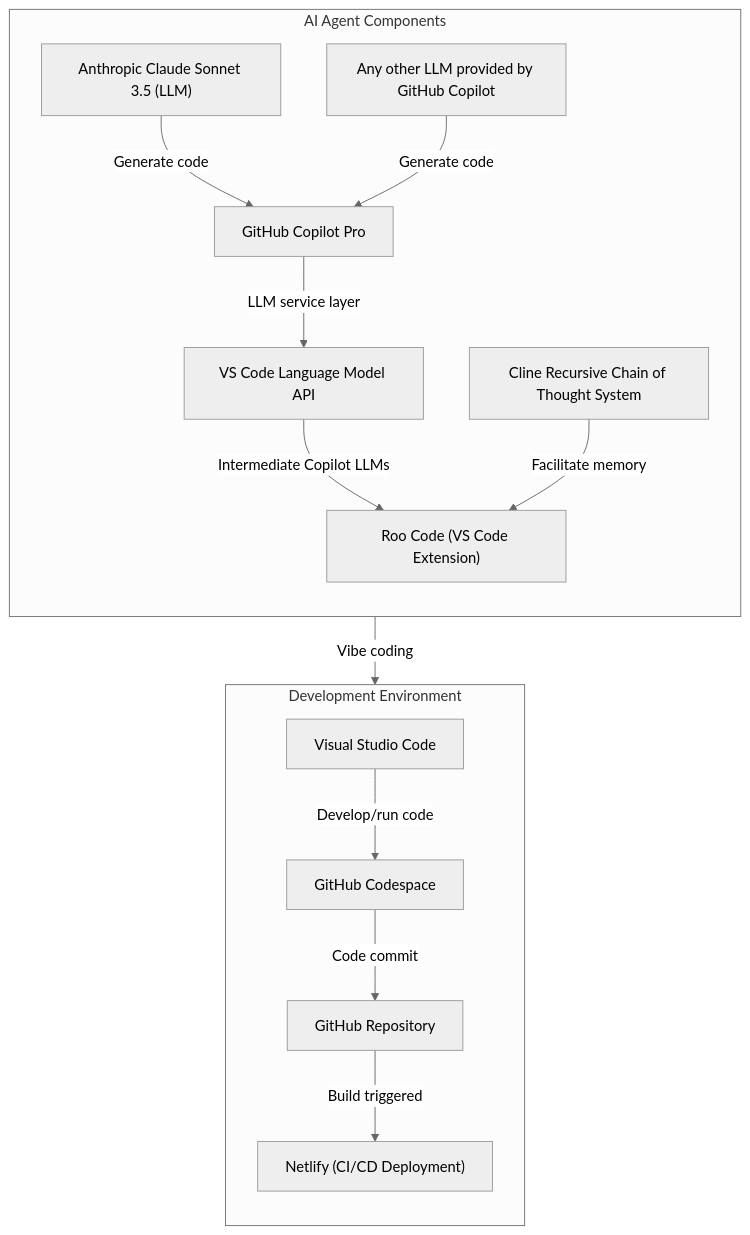
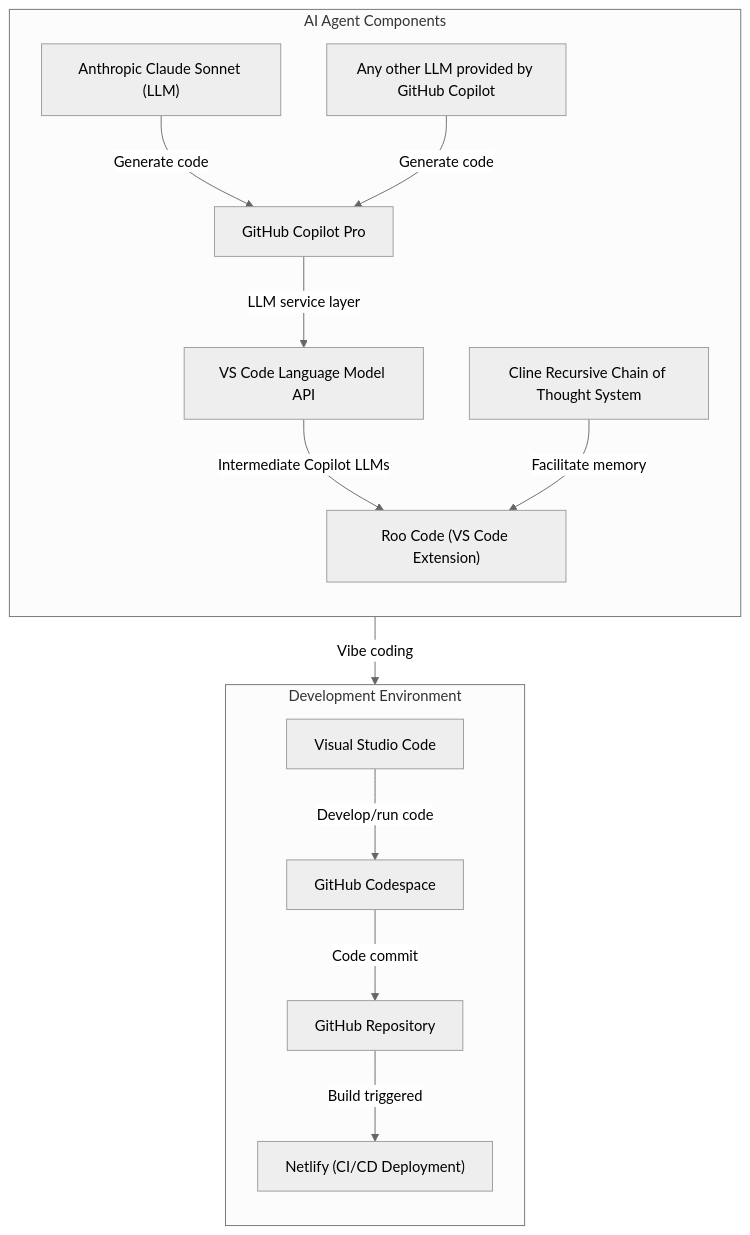
The diagram in README.md (RickRinewalt/pipeline), drawn with Mermaid (neutral theme) before and after one commit.

````diff
--- a/README.md
+++ b/README.md
@@ -18,32 +18,32 @@
 ```mermaid
 graph TB
     subgraph AI [AI Agent Components]
         direction TB
         roo["Roo Code (VS Code Extension)"]
         crct["Cline Recursive Chain of Thought System"]
         vscode_lmapi[VS Code Language Model API]
         github_copilot[GitHub Copilot Pro]
-        sonnet["Anthropic Claude Sonnet 3.5 (LLM)"]
+        sonnet["Anthropic Claude Sonnet (LLM)"]
         other_model["Any other LLM provided by GitHub Copilot"]
     end
 
     subgraph DEV [Development Environment]
         direction TB
         vscode[Visual Studio Code]
         codespace[GitHub Codespace]
         github["GitHub Repository"]
         netlify["Netlify (CI/CD Deployment)"]
     end
 
     sonnet --> |Generate code| github_copilot
     other_model --> |Generate code| github_copilot
     github_copilot --> |LLM service layer| vscode_lmapi
     vscode_lmapi --> |Intermediate Copilot LLMs| roo
     crct --> |Facilitate memory| roo
     roo --> |Vibe coding| codespace
 
     vscode --> |Develop/run code| codespace
     codespace --> |Code commit| github
     github --> |Build triggered| netlify
 
 ```
````
